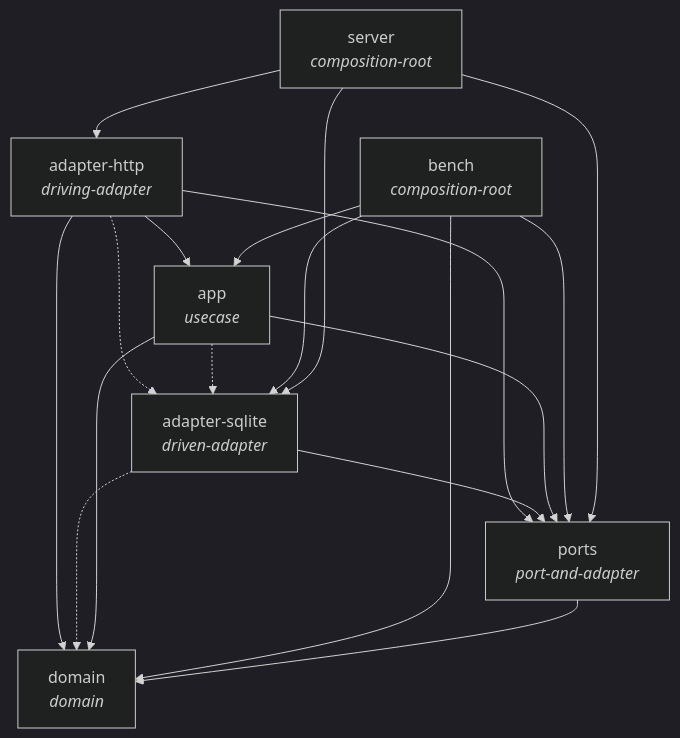
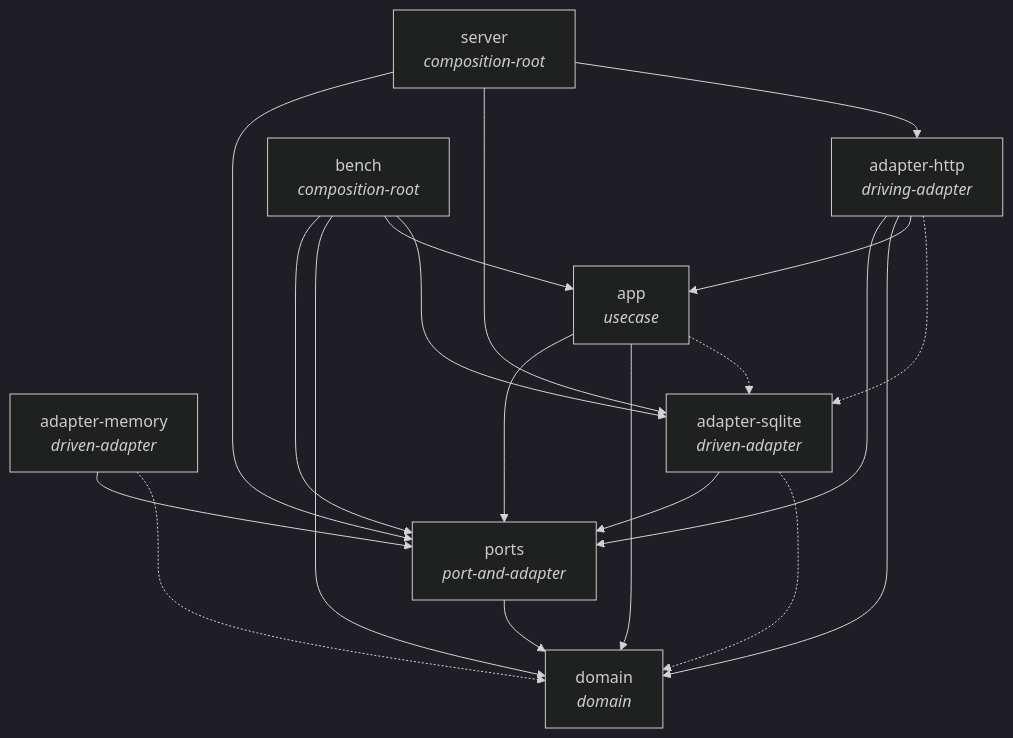
Before and after one commit to igouss/rust-service-architecture: the diagram in docs/views/crates.md, drawn with Mermaid (dark theme). The commit also changed 30 other files, not shown here.

````diff
--- a/docs/views/crates.md
+++ b/docs/views/crates.md
@@ -6,27 +6,30 @@
 ```mermaid
 graph TD
     adapter_http["adapter-http<br/><i>driving-adapter</i>"]
+    adapter_memory["adapter-memory<br/><i>driven-adapter</i>"]
     adapter_sqlite["adapter-sqlite<br/><i>driven-adapter</i>"]
     app["app<br/><i>usecase</i>"]
     bench["bench<br/><i>composition-root</i>"]
     domain["domain<br/><i>domain</i>"]
     ports["ports<br/><i>port-and-adapter</i>"]
     server["server<br/><i>composition-root</i>"]
     adapter_http -.-> adapter_sqlite
     adapter_http --> app
     adapter_http --> domain
     adapter_http --> ports
+    adapter_memory -.-> domain
+    adapter_memory --> ports
     adapter_sqlite -.-> domain
     adapter_sqlite --> ports
     app -.-> adapter_sqlite
     app --> domain
     app --> ports
     bench --> adapter_sqlite
     bench --> app
     bench --> domain
     bench --> ports
     ports --> domain
     server --> adapter_http
     server --> adapter_sqlite
     server --> ports
 ```
````
